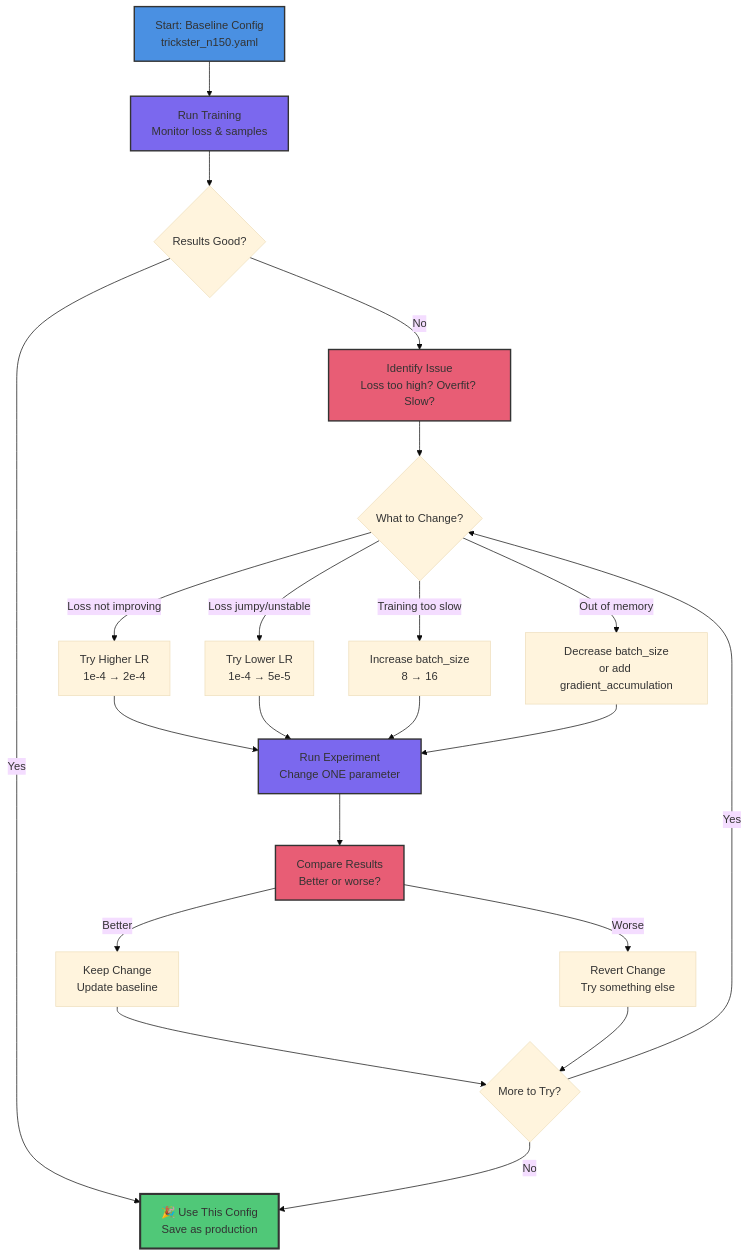
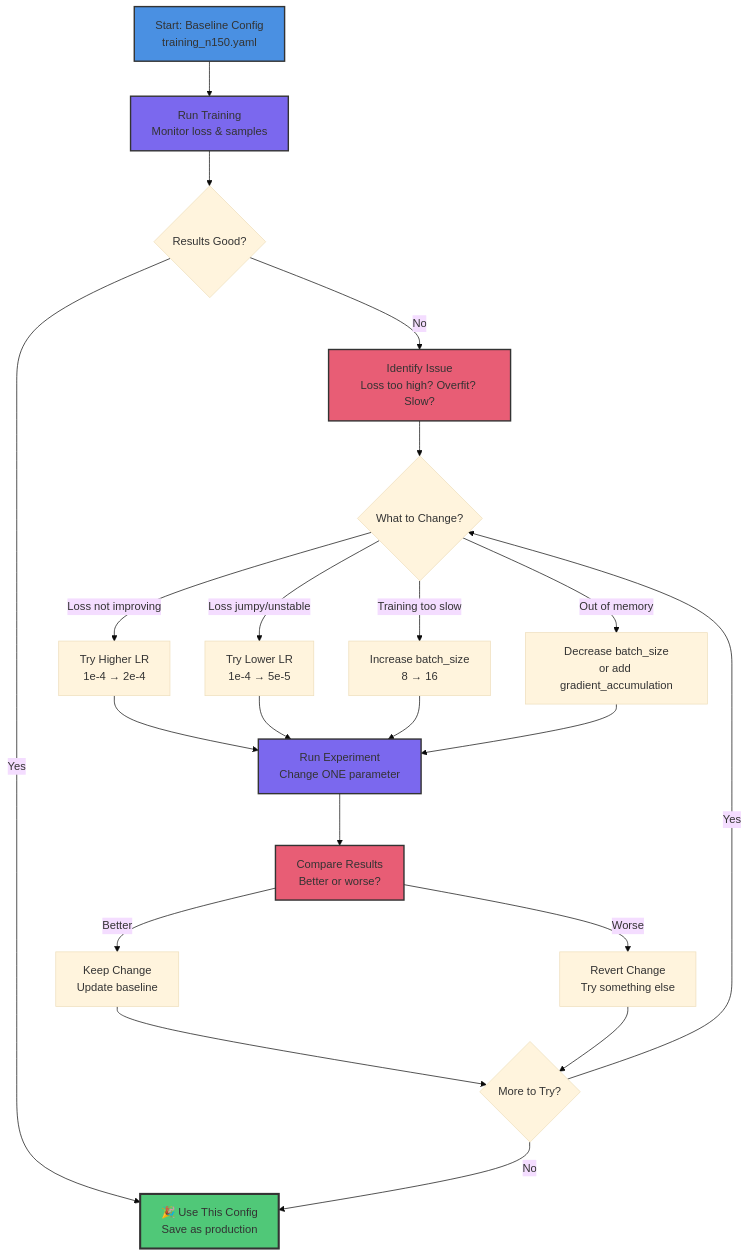
One commit to tenstorrent/tt-vscode-toolkit changed the second of 2 diagrams in content/lessons/ct3-configuration-patterns.md. Above: the diagram before and after it, drawn with Mermaid (base theme). The commit also changed other lines of this file and 7 other files, not shown here.

````diff
--- a/content/lessons/ct3-configuration-patterns.md
+++ b/content/lessons/ct3-configuration-patterns.md
@@ -577,38 +577,38 @@
 ```mermaid
 graph TD
-    A[Start: Baseline Config<br/>trickster_n150.yaml] --> B[Run Training<br/>Monitor loss & samples]
+    A[Start: Baseline Config<br/>training_n150.yaml] --> B[Run Training<br/>Monitor loss & samples]
 
     B --> C{Results Good?}
     C -->|Yes| D[🎉 Use This Config<br/>Save as production]
     C -->|No| E[Identify Issue<br/>Loss too high? Overfit? Slow?]
 
     E --> F{What to Change?}
 
     F -->|Loss not improving| G[Try Higher LR<br/>1e-4 → 2e-4]
     F -->|Loss jumpy/unstable| H[Try Lower LR<br/>1e-4 → 5e-5]
     F -->|Training too slow| I[Increase batch_size<br/>8 → 16]
     F -->|Out of memory| J[Decrease batch_size<br/>or add gradient_accumulation]
 
     G --> K[Run Experiment<br/>Change ONE parameter]
     H --> K
     I --> K
     J --> K
 
     K --> L[Compare Results<br/>Better or worse?]
 
     L -->|Better| M[Keep Change<br/>Update baseline]
     L -->|Worse| N[Revert Change<br/>Try something else]
 
     M --> O{More to Try?}
     N --> O
 
     O -->|Yes| F
     O -->|No| D
 
     style A fill:#4A90E2,stroke:#333,stroke-width:2px
     style B fill:#7B68EE,stroke:#333,stroke-width:2px
     style D fill:#50C878,stroke:#333,stroke-width:3px
     style E fill:#E85D75,stroke:#333,stroke-width:2px
     style K fill:#7B68EE,stroke:#333,stroke-width:2px
     style L fill:#E85D75,stroke:#333,stroke-width:2px
 ```
````
